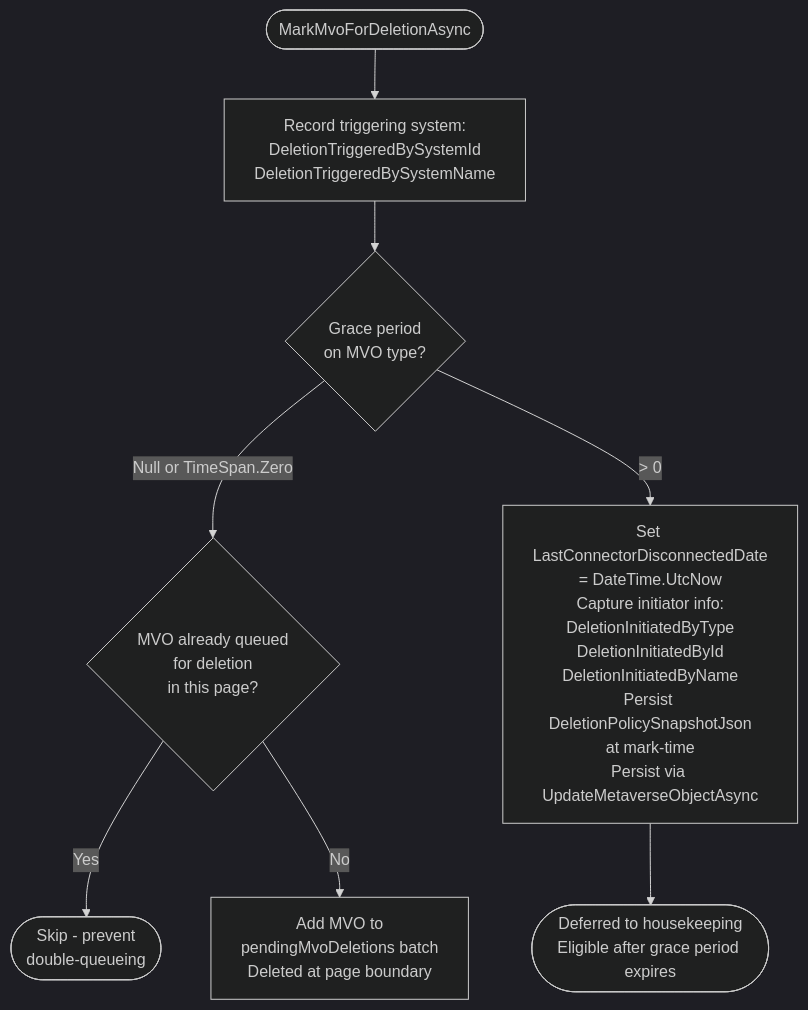
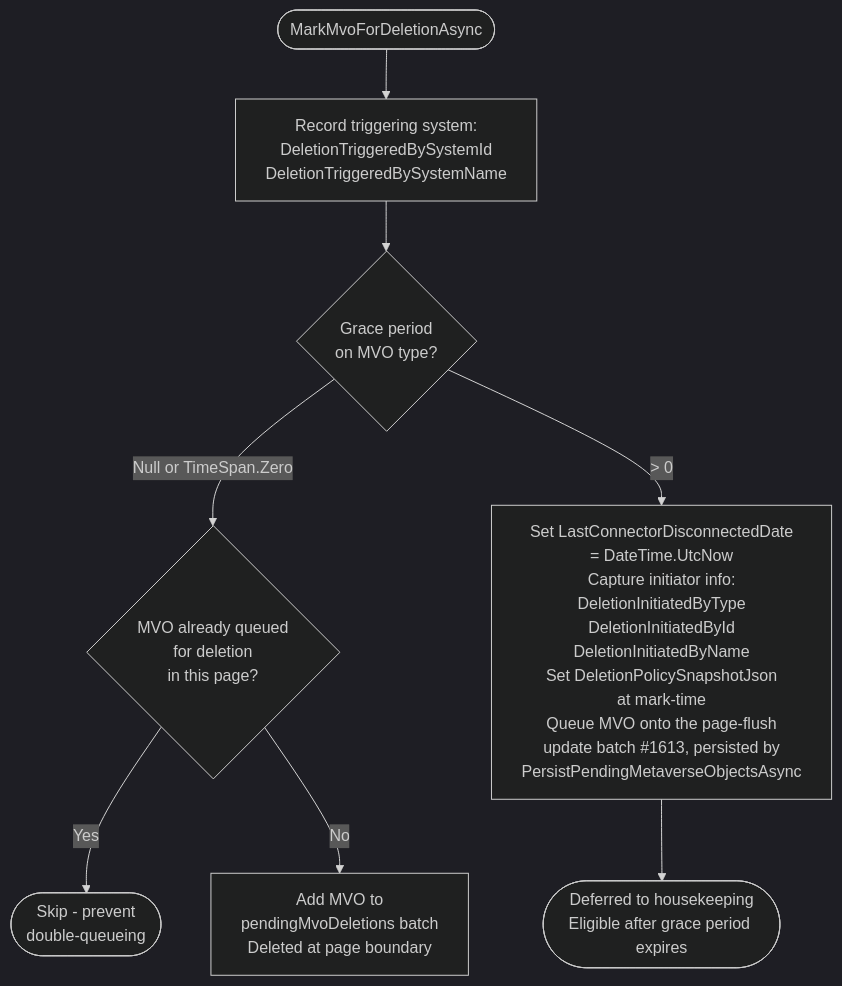
Before and after one commit to TetronIO/JIM: the third of 7 diagrams in docs/developer/diagrams/MVO_DELETION_AND_GRACE_PERIOD.md, drawn with Mermaid (dark theme). The commit also changed other lines of this file and 49 other files, not shown here.

Commit message:
docs: update documentation, diagrams and changelog for v0.15.0 release

````diff
--- a/docs/developer/diagrams/MVO_DELETION_AND_GRACE_PERIOD.md
+++ b/docs/developer/diagrams/MVO_DELETION_AND_GRACE_PERIOD.md
@@ -84,12 +83,12 @@
 ```mermaid
 flowchart TD
     Mark([MarkMvoForDeletionAsync]) --> RecordTrigger[Record triggering system:<br/>DeletionTriggeredBySystemId<br/>DeletionTriggeredBySystemName]
     RecordTrigger --> CheckGrace{Grace period<br/>on MVO type?}
 
     CheckGrace -->|Null or TimeSpan.Zero| DedupCheck{MVO already queued<br/>for deletion<br/>in this page?}
     DedupCheck -->|Yes| Skip([Skip - prevent<br/>double-queueing])
     DedupCheck -->|No| Immediate[Add MVO to<br/>pendingMvoDeletions batch<br/>Deleted at page boundary]
 
-    CheckGrace -->|> 0| Deferred[Set LastConnectorDisconnectedDate<br/>= DateTime.UtcNow<br/>Capture initiator info:<br/>DeletionInitiatedByType<br/>DeletionInitiatedById<br/>DeletionInitiatedByName<br/>Persist DeletionPolicySnapshotJson<br/>at mark-time<br/>Persist via UpdateMetaverseObjectAsync]
+    CheckGrace -->|> 0| Deferred[Set LastConnectorDisconnectedDate<br/>= DateTime.UtcNow<br/>Capture initiator info:<br/>DeletionInitiatedByType<br/>DeletionInitiatedById<br/>DeletionInitiatedByName<br/>Set DeletionPolicySnapshotJson<br/>at mark-time<br/>Queue MVO onto the page-flush<br/>update batch #1613, persisted by<br/>PersistPendingMetaverseObjectsAsync]
     Deferred --> WaitForHousekeeping([Deferred to housekeeping<br/>Eligible after grace period expires])
 ```
````
